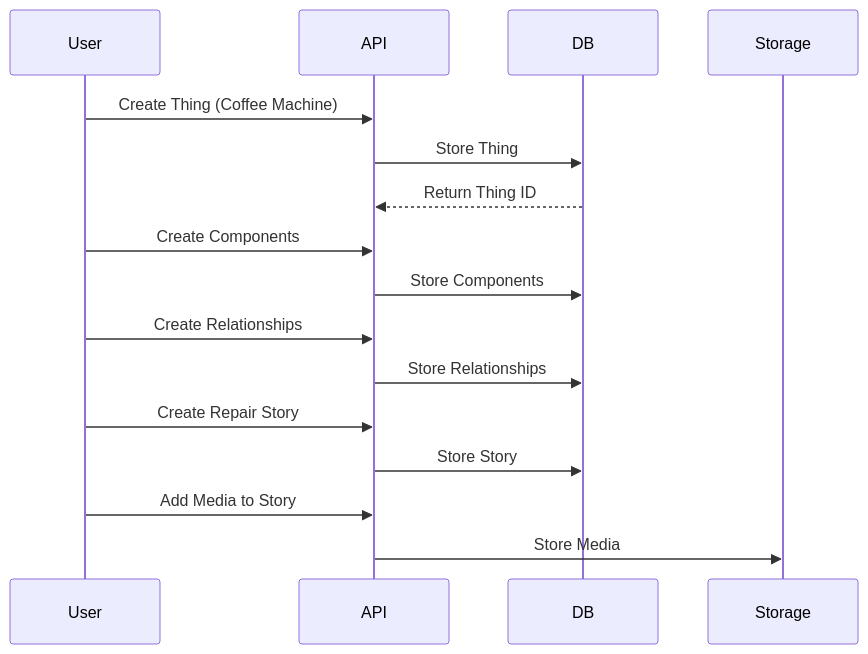
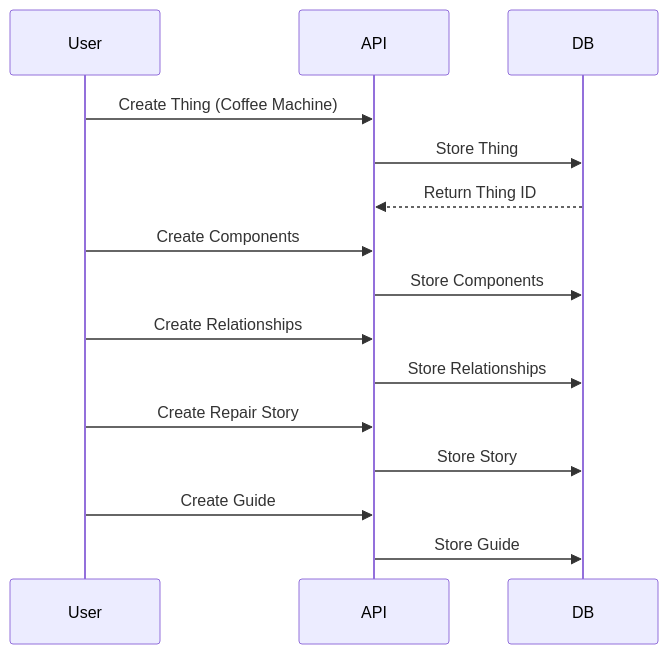
One commit to reuse-city/thingdata-server changed the third of 3 diagrams in docs/workflows.md. Above: the diagram before and after it, drawn with Mermaid. The commit also changed other lines of this file and 13 other files, not shown here.

````diff
--- a/docs/workflows.md
+++ b/docs/workflows.md
@@ -66,22 +75,22 @@
 ```mermaid
 sequenceDiagram
     participant User
     participant API
     participant DB
     
     User->>API: Create Thing (Coffee Machine)
     API->>DB: Store Thing
     DB-->>API: Return Thing ID
     
     User->>API: Create Components
     API->>DB: Store Components
     
     User->>API: Create Relationships
     API->>DB: Store Relationships
     
     User->>API: Create Repair Story
     API->>DB: Store Story
     
-    User->>API: Add Media to Story
-    API->>Storage: Store Media
+    User->>API: Create Guide
+    API->>DB: Store Guide
 ```
````
